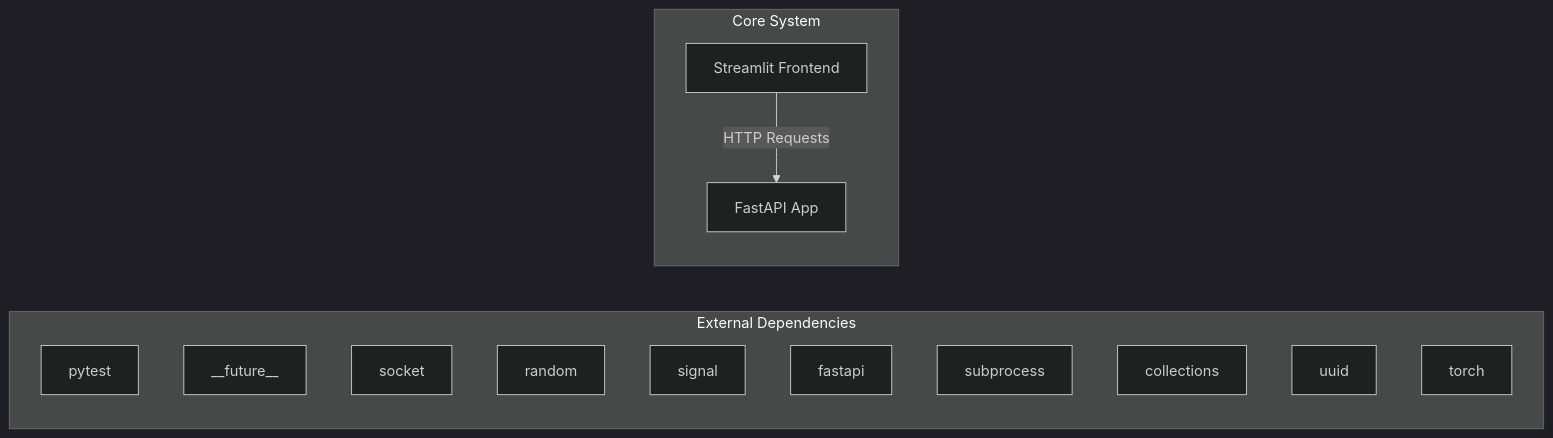
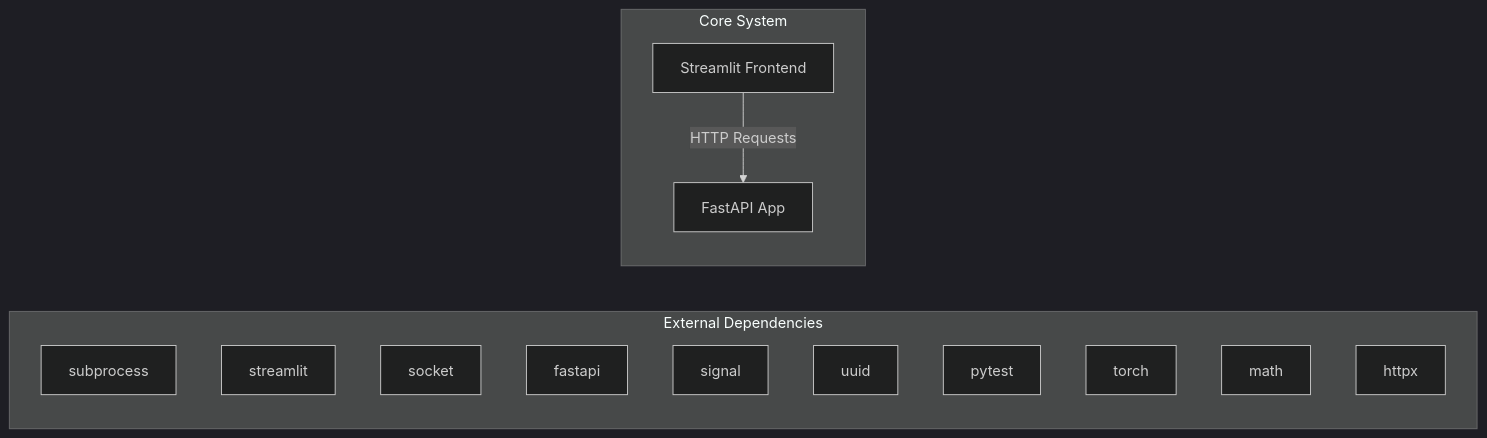
The first of 2 diagrams in docs/architecture.md (NITISH-R-G/rag-context-optimizer), drawn with Mermaid (dark theme) before and after one commit. The commit also changed 1 other file, not shown here.

Commit message:
docs: auto-update repository knowledge, architecture diagrams, and documentation

````diff
--- a/docs/architecture.md
+++ b/docs/architecture.md
@@ -7,20 +7,20 @@
 ```mermaid
 graph LR
     subgraph External Dependencies
-        E0["pytest"]
-        E1["__future__"]
+        E0["subprocess"]
+        E1["streamlit"]
         E2["socket"]
-        E3["random"]
+        E3["fastapi"]
         E4["signal"]
-        E5["fastapi"]
-        E6["subprocess"]
-        E7["collections"]
-        E8["uuid"]
-        E9["torch"]
+        E5["uuid"]
+        E6["pytest"]
+        E7["torch"]
+        E8["math"]
+        E9["httpx"]
     end
     subgraph Core System
         API["FastAPI App"]
         UI["Streamlit Frontend"]
     end
     UI -->|HTTP Requests| API
 ```
````
